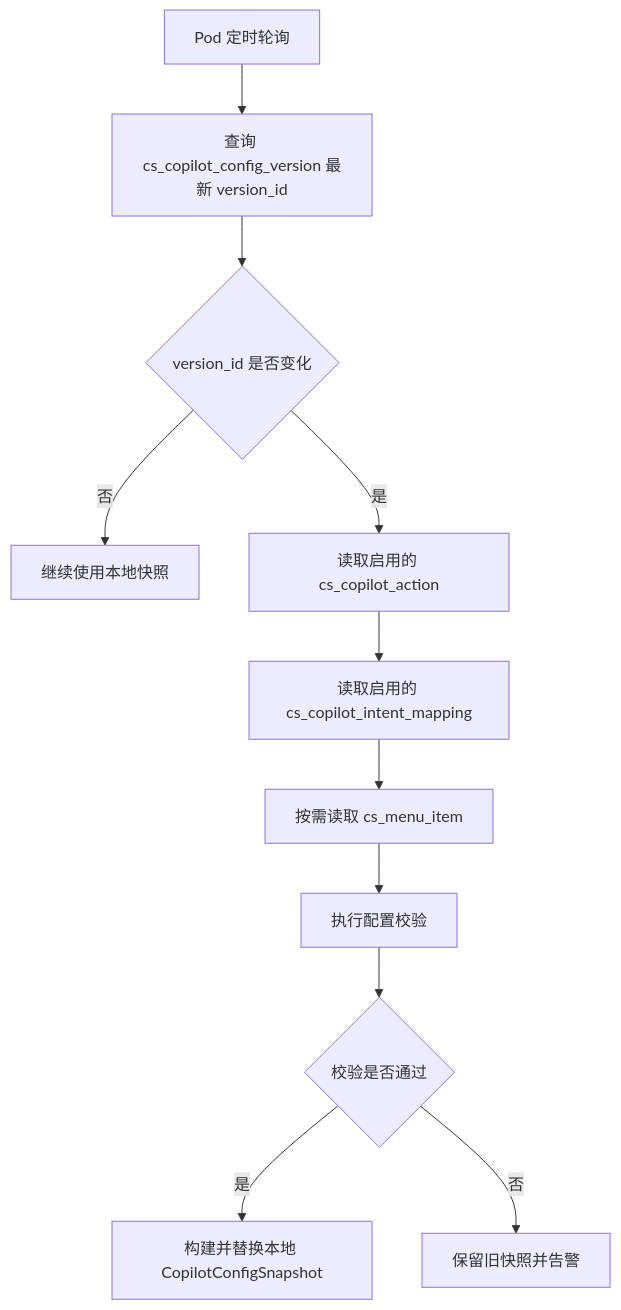
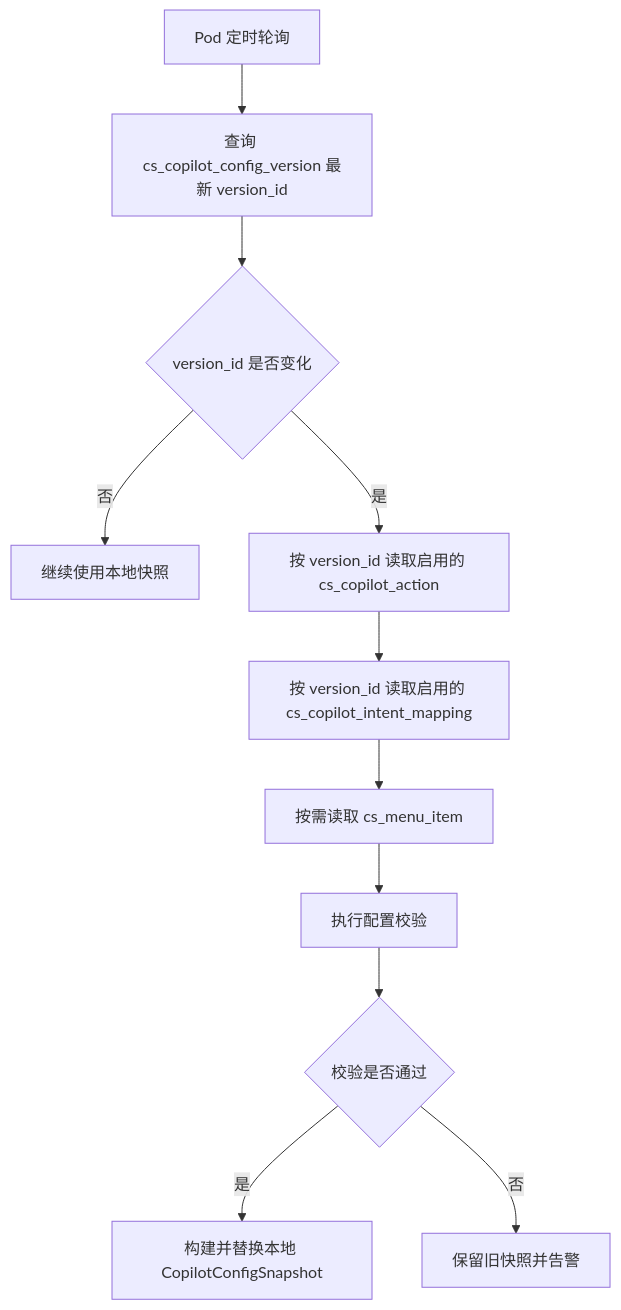
Before and after one commit to qzz617/copilot: diagram 19 of 24 in cs-copilot-service/docs/dd-v1.2.md, drawn with Mermaid. The commit also changed other lines of this file and 17 other files, not shown here.

````diff
--- a/cs-copilot-service/docs/dd-v1.2.md
+++ b/cs-copilot-service/docs/dd-v1.2.md
@@ -2952,13 +2958,13 @@
 ```mermaid
 flowchart TD
     A[Pod 定时轮询] --> B[查询 cs_copilot_config_version 最新 version_id]
     B --> C{version_id 是否变化}
     C -- 否 --> D[继续使用本地快照]
-    C -- 是 --> E[读取启用的 cs_copilot_action]
-    E --> F[读取启用的 cs_copilot_intent_mapping]
+    C -- 是 --> E[按 version_id 读取启用的 cs_copilot_action]
+    E --> F[按 version_id 读取启用的 cs_copilot_intent_mapping]
     F --> G[按需读取 cs_menu_item]
     G --> H[执行配置校验]
     H --> I{校验是否通过}
     I -- 是 --> J[构建并替换本地 CopilotConfigSnapshot]
     I -- 否 --> K[保留旧快照并告警]
 ```
````
